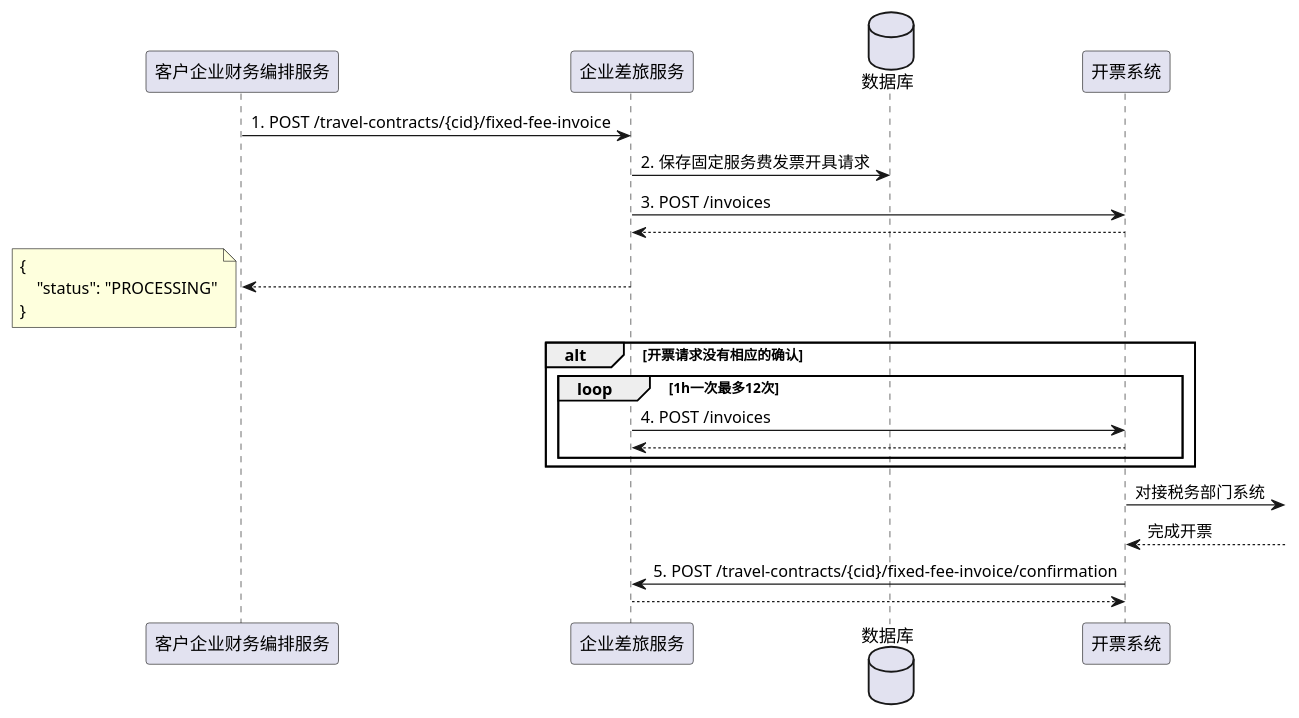
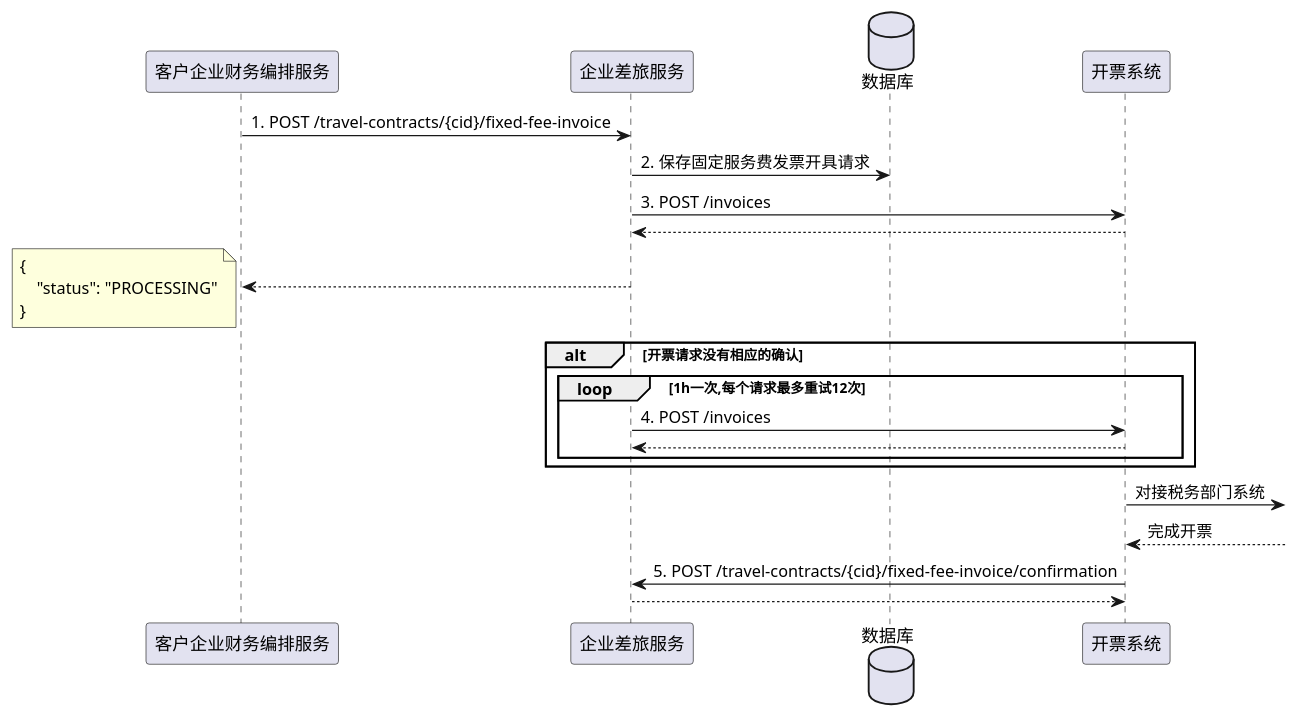
Before and after one commit to deesyx/heima: the diagram in images/APafter.wsd, drawn with PlantUML. The commit also changed 15 other files, not shown here.

```diff
--- a/images/APafter.wsd
+++ b/images/APafter.wsd
@@ -1,29 +1,29 @@
 @startuml
 
 participant 客户企业财务编排服务 as f
 participant 企业差旅服务 as t
 database 数据库 as db
 participant 开票系统 as u
 
 f -> t: 1. POST /travel-contracts/{cid}/fixed-fee-invoice
 t -> db: 2. 保存固定服务费发票开具请求
 t -> u: 3. POST /invoices
 u --> t
 t --> f
 note left
     {
         "status": "PROCESSING"
     }
 end note
 alt 开票请求没有相应的确认
-    loop 1h一次最多12次
+    loop 1h一次,每个请求最多重试12次
         t -> u: 4. POST /invoices
         u --> t
     end
 end
 u -> : 对接税务部门系统
 u <-- : 完成开票
 u -> t: 5. POST /travel-contracts/{cid}/fixed-fee-invoice/confirmation
 t --> u
 
 @enduml
```
